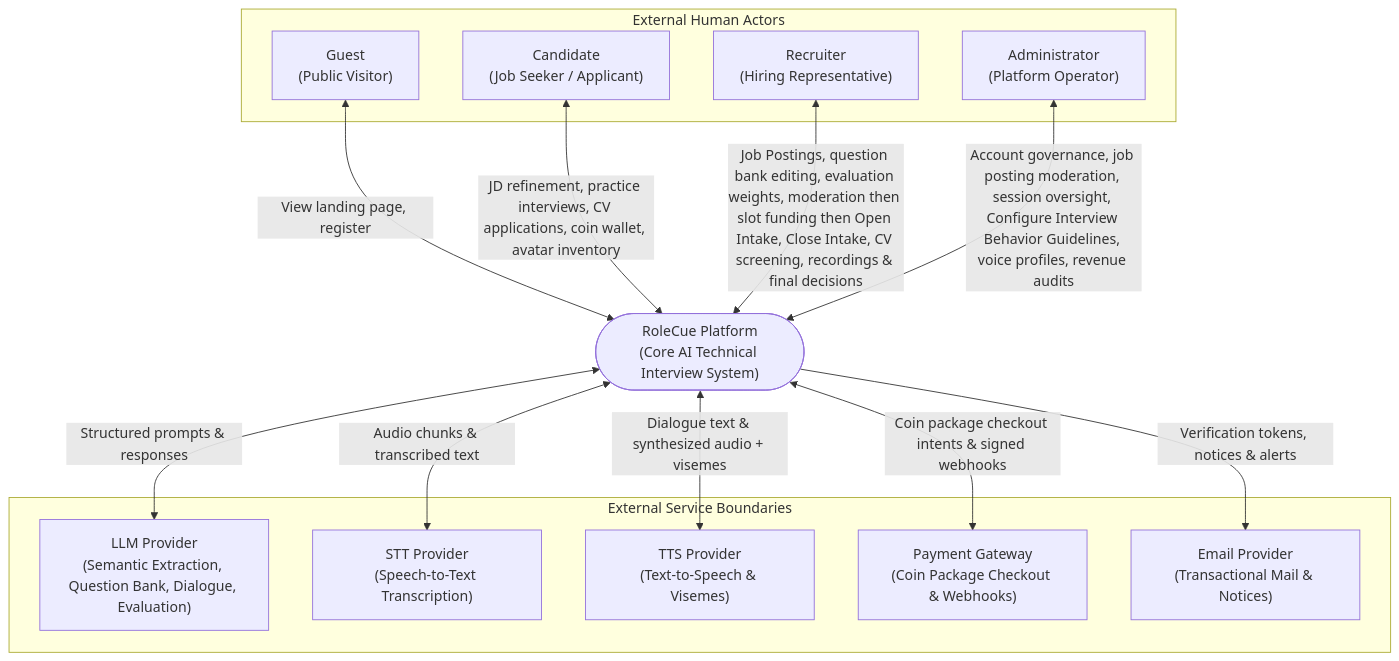
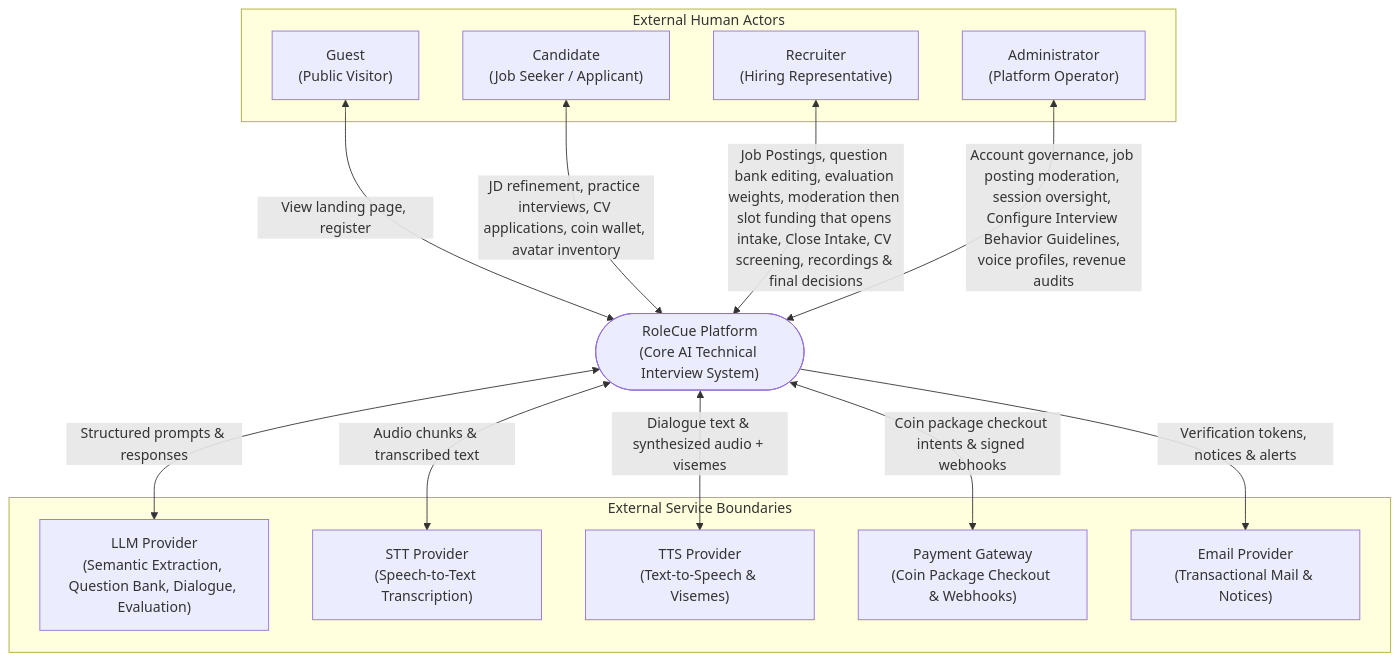
One commit to cog-forge/role-cue-brain changed the diagram in 02_System/Context.md. Above: the diagram before and after it, drawn with Mermaid. The commit also changed other lines of this file and 12 other files, not shown here.

Commit message:
docs(brain): settle the approval, funding and open-intake mapping

````diff
--- a/02_System/Context.md
+++ b/02_System/Context.md
@@ -33,32 +33,32 @@
 ```mermaid
 flowchart TD
     subgraph ExternalActors["External Human Actors"]
         GUEST["Guest<br/>(Public Visitor)"]
         CAND["Candidate<br/>(Job Seeker / Applicant)"]
         REC["Recruiter<br/>(Hiring Representative)"]
         ADMIN["Administrator<br/>(Platform Operator)"]
     end
 
     SYSTEM(["RoleCue Platform<br/>(Core AI Technical Interview System)"])
 
     subgraph ExternalServices["External Service Boundaries"]
         LLM["LLM Provider<br/>(Semantic Extraction, Question Bank, Dialogue, Evaluation)"]
         STT["STT Provider<br/>(Speech-to-Text Transcription)"]
         TTS["TTS Provider<br/>(Text-to-Speech & Visemes)"]
         PAY["Payment Gateway<br/>(Coin Package Checkout & Webhooks)"]
         EMAIL["Email Provider<br/>(Transactional Mail & Notices)"]
     end
 
     %% Actor Interactions
     GUEST <-->|"View landing page, register"| SYSTEM
     CAND <-->|"JD refinement, practice interviews, CV applications, coin wallet, avatar inventory"| SYSTEM
-    REC <-->|"Job Postings, question bank editing, evaluation weights, moderation then slot funding then Open Intake, Close Intake, CV screening, recordings & final decisions"| SYSTEM
+    REC <-->|"Job Postings, question bank editing, evaluation weights, moderation then slot funding that opens intake, Close Intake, CV screening, recordings & final decisions"| SYSTEM
     ADMIN <-->|"Account governance, job posting moderation, session oversight, Configure Interview Behavior Guidelines, voice profiles, revenue audits"| SYSTEM
 
     %% Service Interactions
     SYSTEM <-->|"Structured prompts & responses"| LLM
     SYSTEM <-->|"Audio chunks & transcribed text"| STT
     SYSTEM <-->|"Dialogue text & synthesized audio + visemes"| TTS
     SYSTEM <-->|"Coin package checkout intents & signed webhooks"| PAY
     SYSTEM -->|"Verification tokens, notices & alerts"| EMAIL
 ```
````
